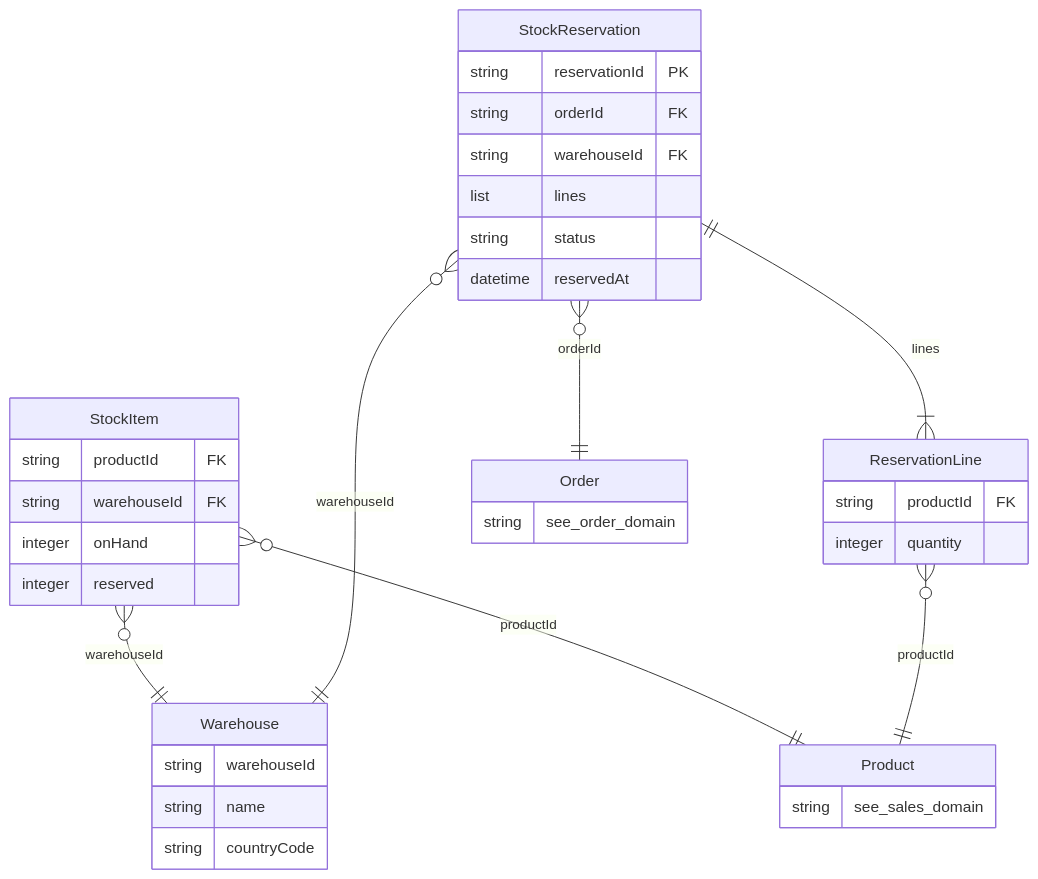
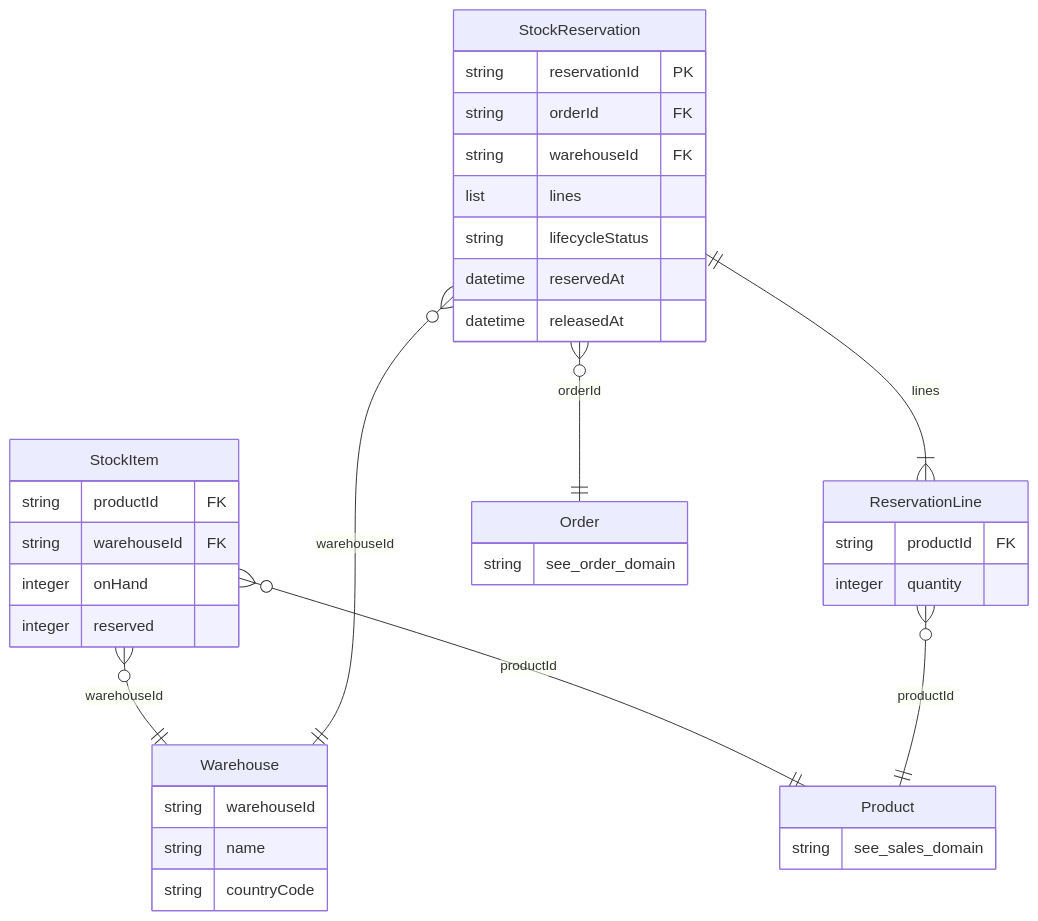
The fifth of 7 diagrams in docs/architecture/data-models.md (azure-intelligence-domain/ai-intelligence-domain), drawn with Mermaid before and after one commit. The commit also changed other lines of this file and 7 other files, not shown here.

````diff
--- a/docs/architecture/data-models.md
+++ b/docs/architecture/data-models.md
@@ -354,38 +456,39 @@
 ```mermaid
 erDiagram
     Warehouse {
         string warehouseId
         string name
         string countryCode
     }
     StockItem {
         string productId FK
         string warehouseId FK
         integer onHand
         integer reserved
     }
     StockReservation {
         string reservationId PK
         string orderId FK
         string warehouseId FK
         list lines
-        string status
+        string lifecycleStatus
         datetime reservedAt
+        datetime releasedAt
     }
     ReservationLine {
         string productId FK
         integer quantity
     }
     Order {
         string see_order_domain
     }
     Product {
         string see_sales_domain
     }
     StockItem }o--|| Product : "productId"
     StockItem }o--|| Warehouse : "warehouseId"
     StockReservation }o--|| Order : "orderId"
     StockReservation }o--|| Warehouse : "warehouseId"
     StockReservation ||--|{ ReservationLine : "lines"
     ReservationLine }o--|| Product : "productId"
 ```
````
